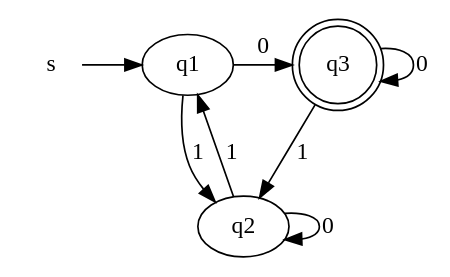
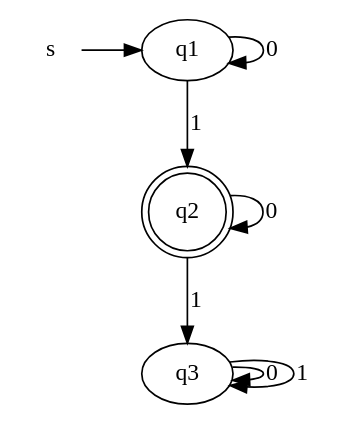
Before and after one commit to poetryfactory/automata: the diagram in automat/DFA.dot, drawn with Graphviz. The commit also changed 3 other files, not shown here.

```diff
--- a/automat/DFA.dot
+++ b/automat/DFA.dot
@@ -1,21 +1,21 @@
 digraph graphDFA{ 
 s[shape=circle, color=white];
 q1;
 {rank="same";s;q1}
 s->q1[label = "\n"];
-q3;
-{rank="same";q1;q3 }
-q1->q3[label = "0"];
+q1;
+{rank="same";q1;q1 }
+q1->q1[label = "0"];
 q2;
 q1->q2[label="1"];
-q2;
+q2[shape="doublecircle"];
 q2;
 q2->q2[label = "0"];
-q1;
-q2->q1[label="1"];
-q3[shape="doublecircle"];
+q3;
+q2->q3[label = "1"];
+q3;
 q3;
 q3->q3[label = "0"];
-q2;
-q3->q2[label = "1"];
+q3;
+q3->q3[label="1"];
 }
```
